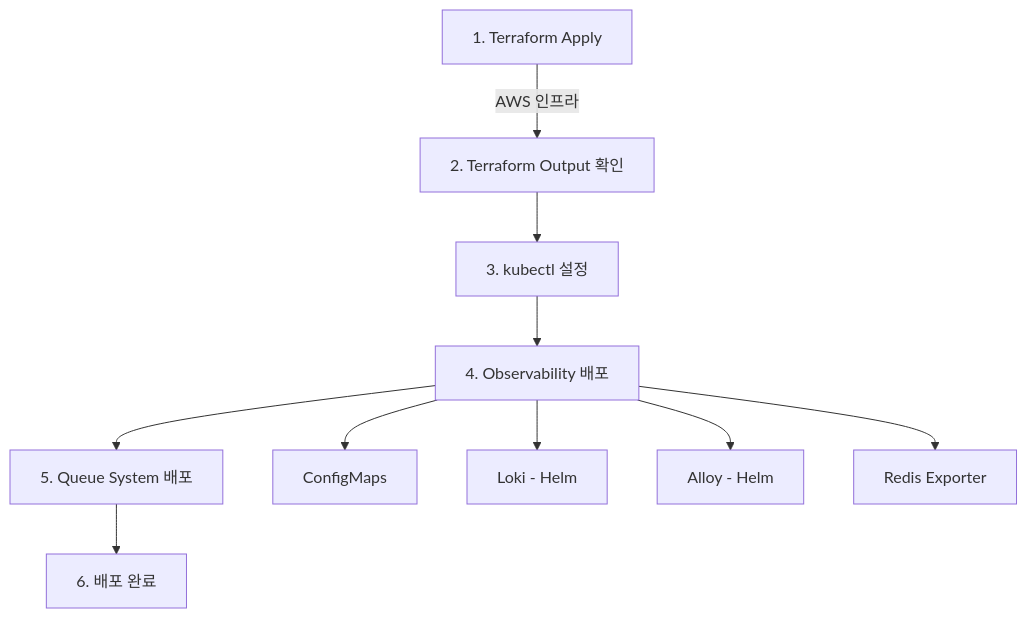
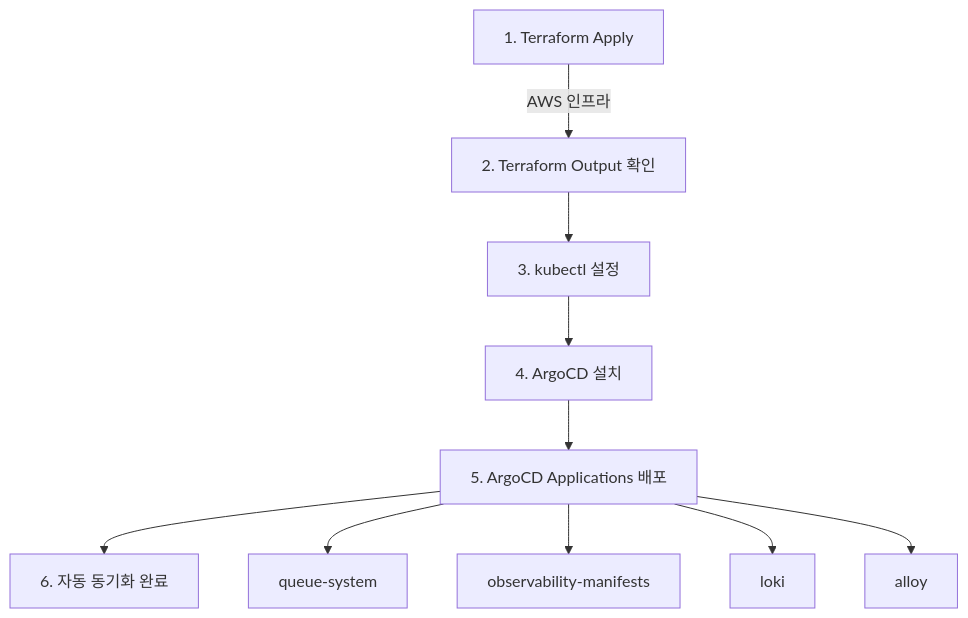
The third of 3 diagrams in README.md (likelion-cloud-423/queue-infra), drawn with Mermaid before and after one commit. The commit also changed other lines of this file and 7 other files, not shown here.

````diff
--- a/README.md
+++ b/README.md
@@ -231,13 +256,13 @@
 ```mermaid
 flowchart TD
     A[1. Terraform Apply] -->|AWS 인프라| B[2. Terraform Output 확인]
     B --> C[3. kubectl 설정]
-    C --> D[4. Observability 배포]
-    D --> E[5. Queue System 배포]
-    E --> F[6. 배포 완료]
+    C --> D[4. ArgoCD 설치]
+    D --> E[5. ArgoCD Applications 배포]
+    E --> F[6. 자동 동기화 완료]
     
-    D --> D1[ConfigMaps]
-    D --> D2[Loki - Helm]
-    D --> D3[Alloy - Helm]
-    D --> D4[Redis Exporter]
+    E --> E1[queue-system]
+    E --> E2[observability-manifests]
+    E --> E3[loki]
+    E --> E4[alloy]
 ```
````
